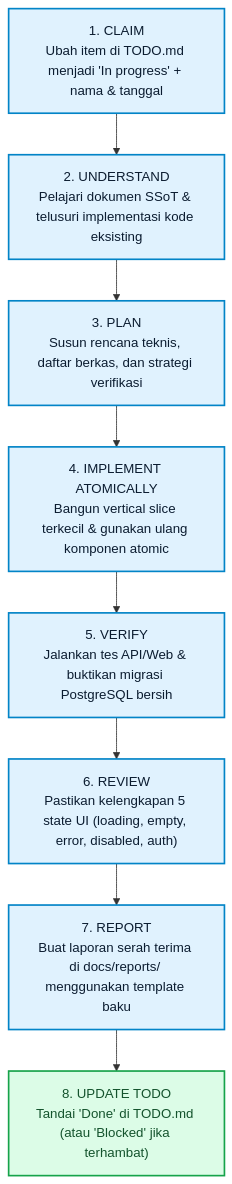
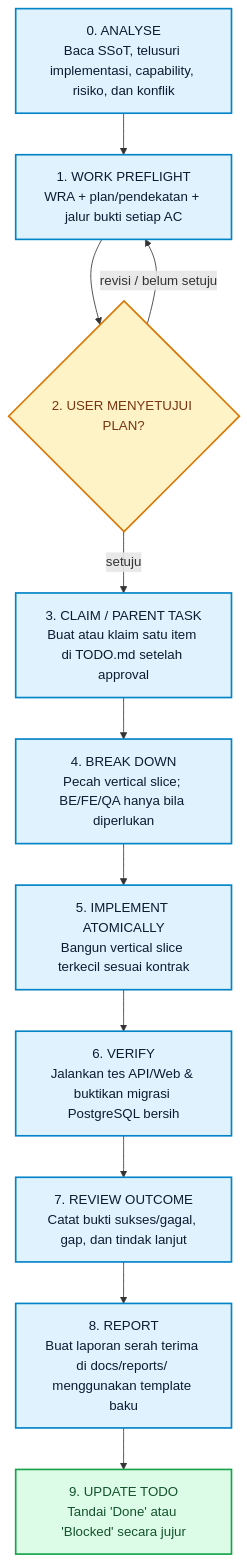
Before and after one commit to oneilreyand/qlickhub: the second of 5 diagrams in docs/4_AGENT_DEV_GUIDELINES.md, drawn with Mermaid. The commit also changed other lines of this file and 36 other files, not shown here.

Commit message:
feat(ux): implement rate limit user feedback countdown and update AI governance guidelines

````diff
--- a/docs/4_AGENT_DEV_GUIDELINES.md
+++ b/docs/4_AGENT_DEV_GUIDELINES.md
@@ -61,19 +63,25 @@
 ```mermaid
 flowchart TD
-    Step1["1. CLAIM\nUbah item di TODO.md menjadi 'In progress' + nama & tanggal"]
-    Step2["2. UNDERSTAND\nPelajari dokumen SSoT & telusuri implementasi kode eksisting"]
-    Step3["3. PLAN\nSusun rencana teknis, daftar berkas, dan strategi verifikasi"]
-    Step4["4. IMPLEMENT ATOMICALLY\nBangun vertical slice terkecil & gunakan ulang komponen atomic"]
-    Step5["5. VERIFY\nJalankan tes API/Web & buktikan migrasi PostgreSQL bersih"]
-    Step6["6. REVIEW\nPastikan kelengkapan 5 state UI (loading, empty, error, disabled, auth)"]
-    Step7["7. REPORT\nBuat laporan serah terima di docs/reports/ menggunakan template baku"]
-    Step8["8. UPDATE TODO\nTandai 'Done' di TODO.md (atau 'Blocked' jika terhambat)"]
+    Analysis["0. ANALYSE\nBaca SSoT, telusuri implementasi, capability, risiko, dan konflik"]
+    Preflight["1. WORK PREFLIGHT\nWRA + plan/pendekatan + jalur bukti setiap AC"]
+    Approval{"2. USER MENYETUJUI PLAN?"}
+    Step1["3. CLAIM / PARENT TASK\nBuat atau klaim satu item di TODO.md setelah approval"]
+    Step2["4. BREAK DOWN\nPecah vertical slice; BE/FE/QA hanya bila diperlukan"]
+    Step3["5. IMPLEMENT ATOMICALLY\nBangun vertical slice terkecil sesuai kontrak"]
+    Step4["6. VERIFY\nJalankan tes API/Web & buktikan migrasi PostgreSQL bersih"]
+    Step5["7. REVIEW OUTCOME\nCatat bukti sukses/gagal, gap, dan tindak lanjut"]
+    Step6["8. REPORT\nBuat laporan serah terima di docs/reports/ menggunakan template baku"]
+    Step7["9. UPDATE TODO\nTandai 'Done' atau 'Blocked' secara jujur"]
 
-    Step1 --> Step2 --> Step3 --> Step4 --> Step5 --> Step6 --> Step7 --> Step8
+    Analysis --> Preflight --> Approval
+    Approval -->|setuju| Step1 --> Step2 --> Step3 --> Step4 --> Step5 --> Step6 --> Step7
+    Approval -->|revisi / belum setuju| Preflight
 
     classDef phase fill:#E0F2FE,stroke:#0284C7,stroke-width:2px,color:#0B1C30;
     classDef done fill:#DCFCE7,stroke:#16A34A,stroke-width:2px,color:#14532D;
+    classDef decision fill:#FEF3C7,stroke:#D97706,stroke-width:2px,color:#78350F;
 
-    class Step1,Step2,Step3,Step4,Step5,Step6,Step7 phase;
-    class Step8 done;
+    class Analysis,Preflight,Step1,Step2,Step3,Step4,Step5,Step6 phase;
+    class Approval decision;
+    class Step7 done;
 ```
````
